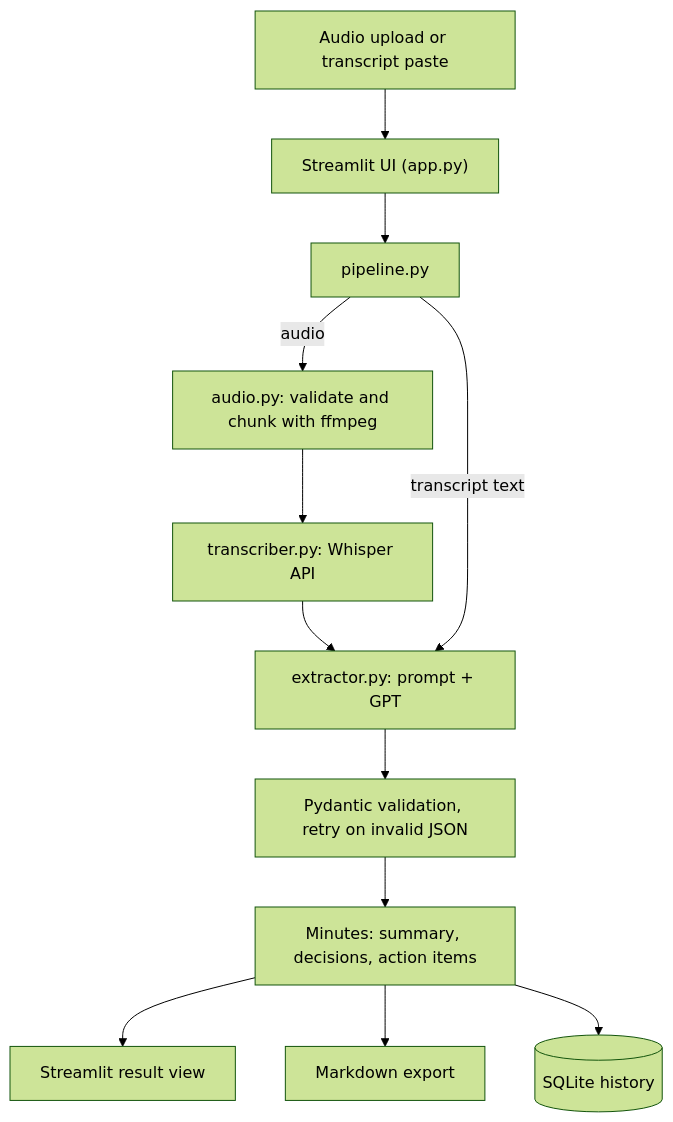
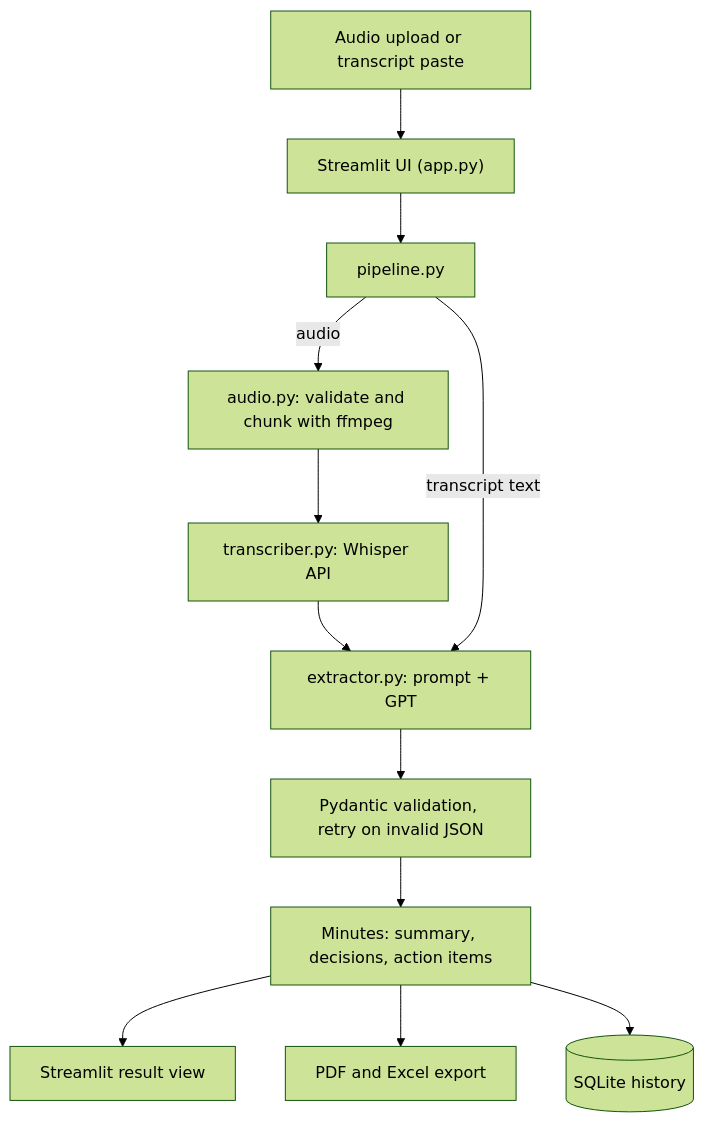
Before and after one commit to SrishtiDev/MinutesofMeetings: the diagram in README.md, drawn with Mermaid (forest theme). The commit also changed other lines of this file and 6 other files, not shown here.

First line of the commit message:
feat: PDF/Excel downloads and merge duplicate action items

````diff
--- a/README.md
+++ b/README.md
@@ -36,14 +36,14 @@
 ```mermaid
 flowchart TD
     A["Audio upload or transcript paste"] --> B["Streamlit UI (app.py)"]
     B --> C["pipeline.py"]
     C -->|"audio"| D["audio.py: validate and chunk with ffmpeg"]
     D --> E["transcriber.py: Whisper API"]
     E --> F["extractor.py: prompt + GPT"]
     C -->|"transcript text"| F
     F --> G["Pydantic validation, retry on invalid JSON"]
     G --> H["Minutes: summary, decisions, action items"]
     H --> I["Streamlit result view"]
-    H --> J["Markdown export"]
+    H --> J["PDF and Excel export"]
     H --> K[("SQLite history")]
 ```
````
